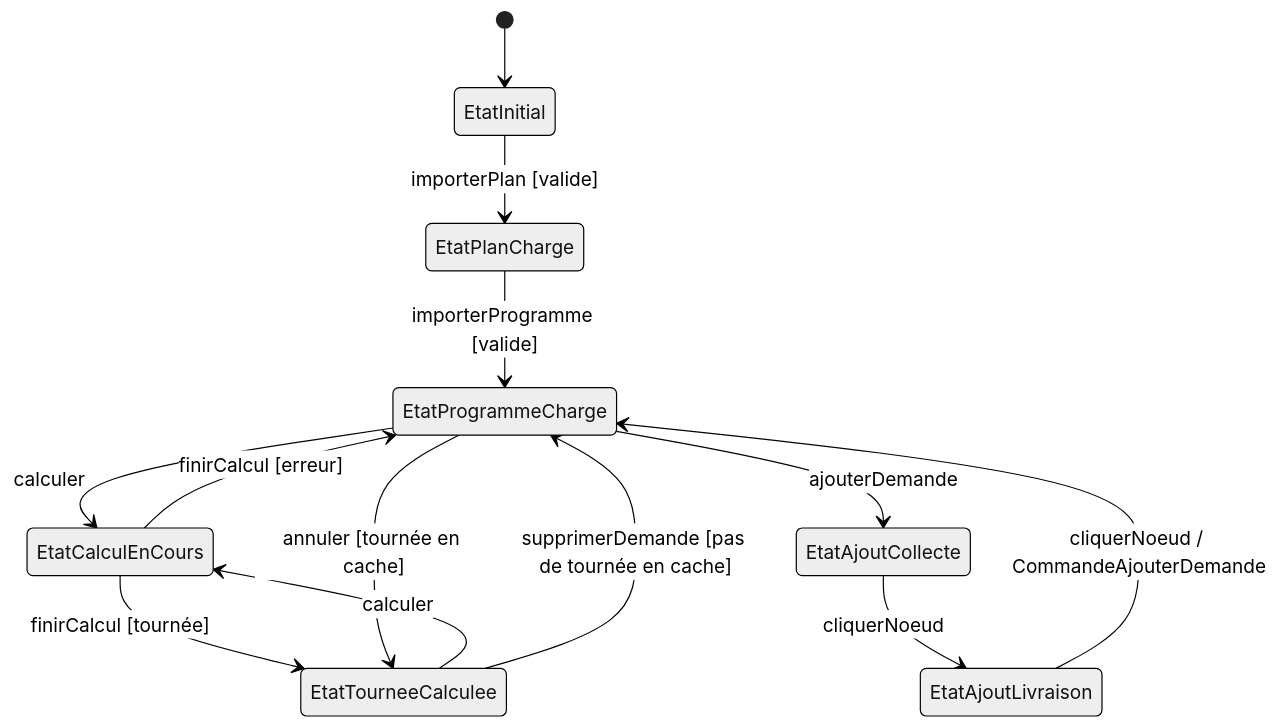
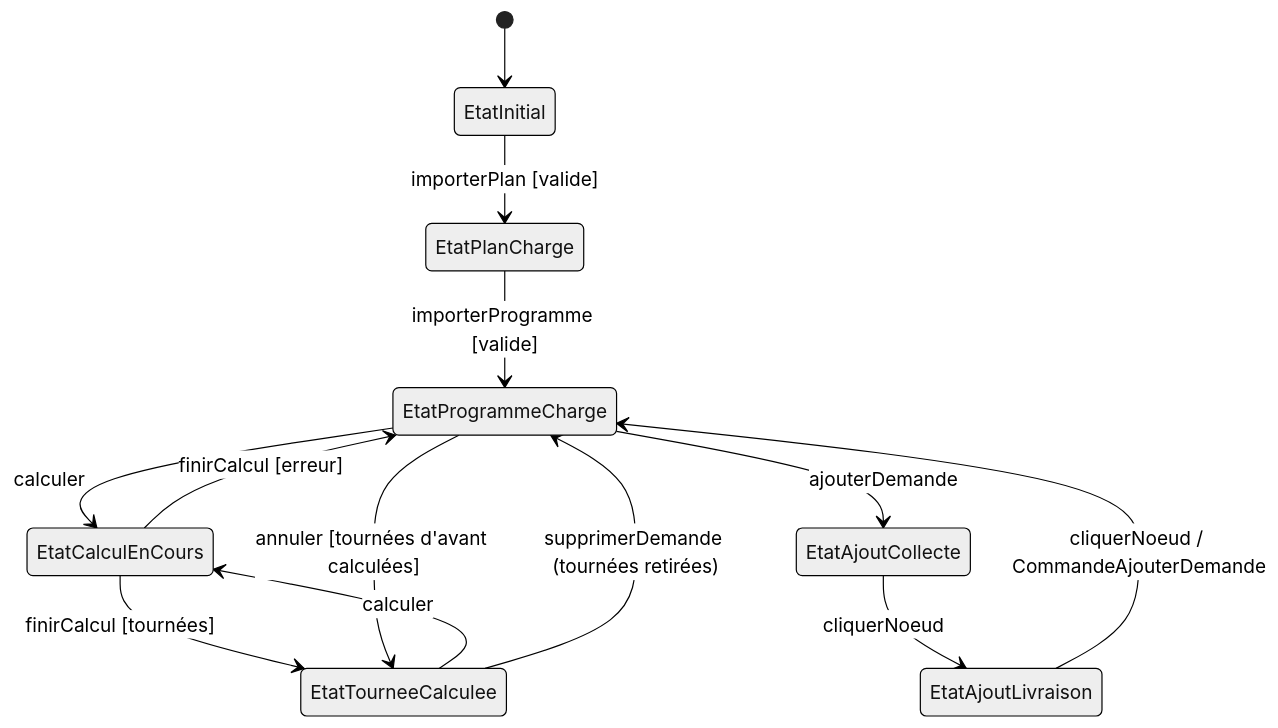
Before and after one commit to tristanhp/Optimod-Lyon: the first of 3 diagrams in docs/diagrams/README.md, drawn with Mermaid (neutral theme). The commit also changed other lines of this file and 9 other files, not shown here.

First line of the commit message:
docs: TIG-95 ADR 0006, diagrammes et README pour plusieurs livreurs

````diff
--- a/docs/diagrams/README.md
+++ b/docs/diagrams/README.md
@@ -34,15 +34,15 @@
 ```mermaid
 stateDiagram-v2
     [*] --> EtatInitial
     EtatInitial --> EtatPlanCharge : importerPlan [valide]
     EtatPlanCharge --> EtatProgrammeCharge : importerProgramme [valide]
     EtatProgrammeCharge --> EtatCalculEnCours : calculer
-    EtatCalculEnCours --> EtatTourneeCalculee : finirCalcul [tournée]
+    EtatCalculEnCours --> EtatTourneeCalculee : finirCalcul [tournées]
     EtatCalculEnCours --> EtatProgrammeCharge : finirCalcul [erreur]
     EtatTourneeCalculee --> EtatCalculEnCours : calculer
     EtatProgrammeCharge --> EtatAjoutCollecte : ajouterDemande
     EtatAjoutCollecte --> EtatAjoutLivraison : cliquerNoeud
     EtatAjoutLivraison --> EtatProgrammeCharge : cliquerNoeud / CommandeAjouterDemande
-    EtatTourneeCalculee --> EtatProgrammeCharge : supprimerDemande [pas de tournée en cache]
-    EtatProgrammeCharge --> EtatTourneeCalculee : annuler [tournée en cache]
+    EtatTourneeCalculee --> EtatProgrammeCharge : supprimerDemande (tournées retirées)
+    EtatProgrammeCharge --> EtatTourneeCalculee : annuler [tournées d'avant calculées]
 ```
````
